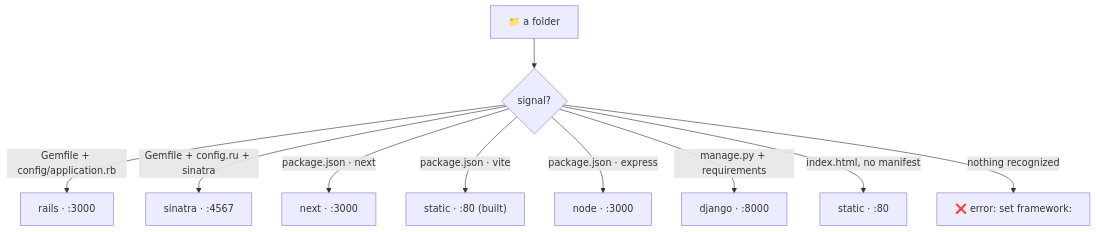
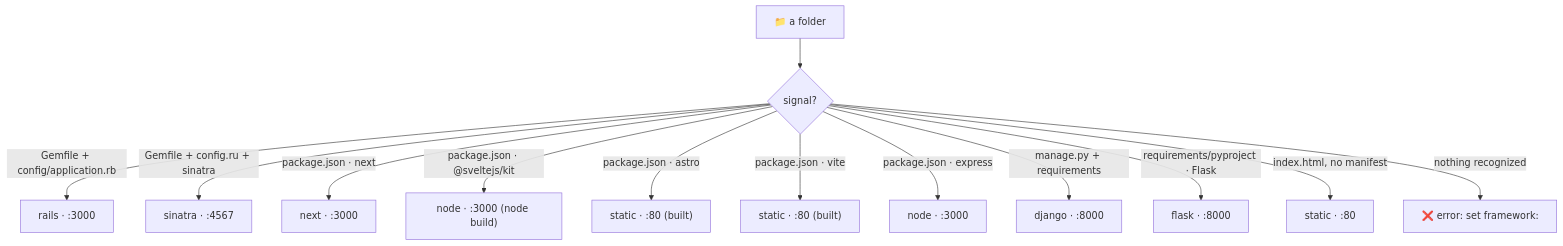
The fourth of 5 diagrams in README.md (cdrrazan/Roost), drawn with Mermaid before and after one commit. The commit also changed other lines of this file and 9 other files, not shown here.

First line of the commit message:
feat(detect): detect SvelteKit, Astro, and Flask

````diff
--- a/README.md
+++ b/README.md
@@ -209,12 +209,15 @@
 ```mermaid
 flowchart TD
     P["📁 a folder"] --> S{signal?}
     S -->|"Gemfile + config/application.rb"| R["rails · :3000"]
     S -->|"Gemfile + config.ru + sinatra"| SI["sinatra · :4567"]
     S -->|"package.json · next"| N["next · :3000"]
+    S -->|"package.json · @sveltejs/kit"| SK["node · :3000 (node build)"]
+    S -->|"package.json · astro"| AS["static · :80 (built)"]
     S -->|"package.json · vite"| V["static · :80 (built)"]
     S -->|"package.json · express"| NO["node · :3000"]
     S -->|"manage.py + requirements"| D["django · :8000"]
+    S -->|"requirements/pyproject · Flask"| FL["flask · :8000"]
     S -->|"index.html, no manifest"| ST["static · :80"]
     S -->|"nothing recognized"| E["❌ error: set framework:"]
 ```
````
